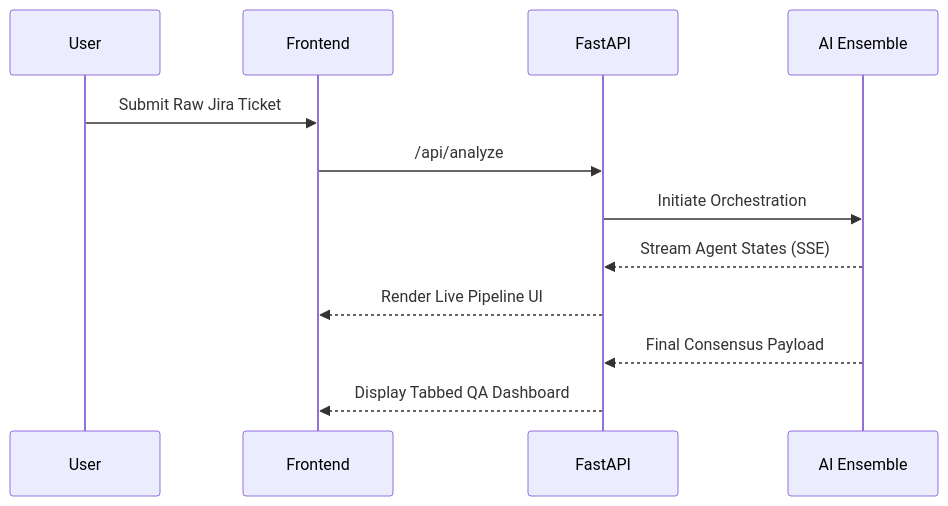
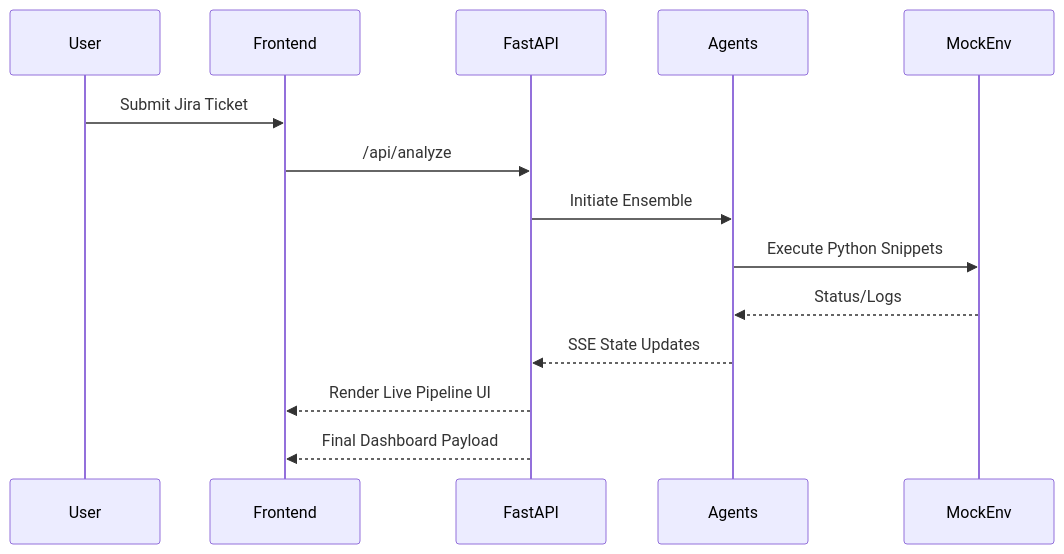
The second of 2 diagrams in README.md (ishan1603/IronTest), drawn with Mermaid before and after one commit. The commit also changed other lines of this file and 897 other files, not shown here.

````diff
--- a/README.md
+++ b/README.md
@@ -64,15 +93,17 @@
 ```mermaid
 sequenceDiagram
     participant User
     participant Frontend
     participant FastAPI
-    participant AI Ensemble
+    participant Agents
+    participant MockEnv
     
-    User->>Frontend: Submit Raw Jira Ticket
+    User->>Frontend: Submit Jira Ticket
     Frontend->>FastAPI: /api/analyze
-    FastAPI->>AI Ensemble: Initiate Orchestration
-    AI Ensemble-->>FastAPI: Stream Agent States (SSE)
+    FastAPI->>Agents: Initiate Ensemble
+    Agents->>MockEnv: Execute Python Snippets
+    MockEnv-->>Agents: Status/Logs
+    Agents-->>FastAPI: SSE State Updates
     FastAPI-->>Frontend: Render Live Pipeline UI
-    AI Ensemble-->>FastAPI: Final Consensus Payload
-    FastAPI-->>Frontend: Display Tabbed QA Dashboard
+    FastAPI-->>Frontend: Final Dashboard Payload
 ```
````
